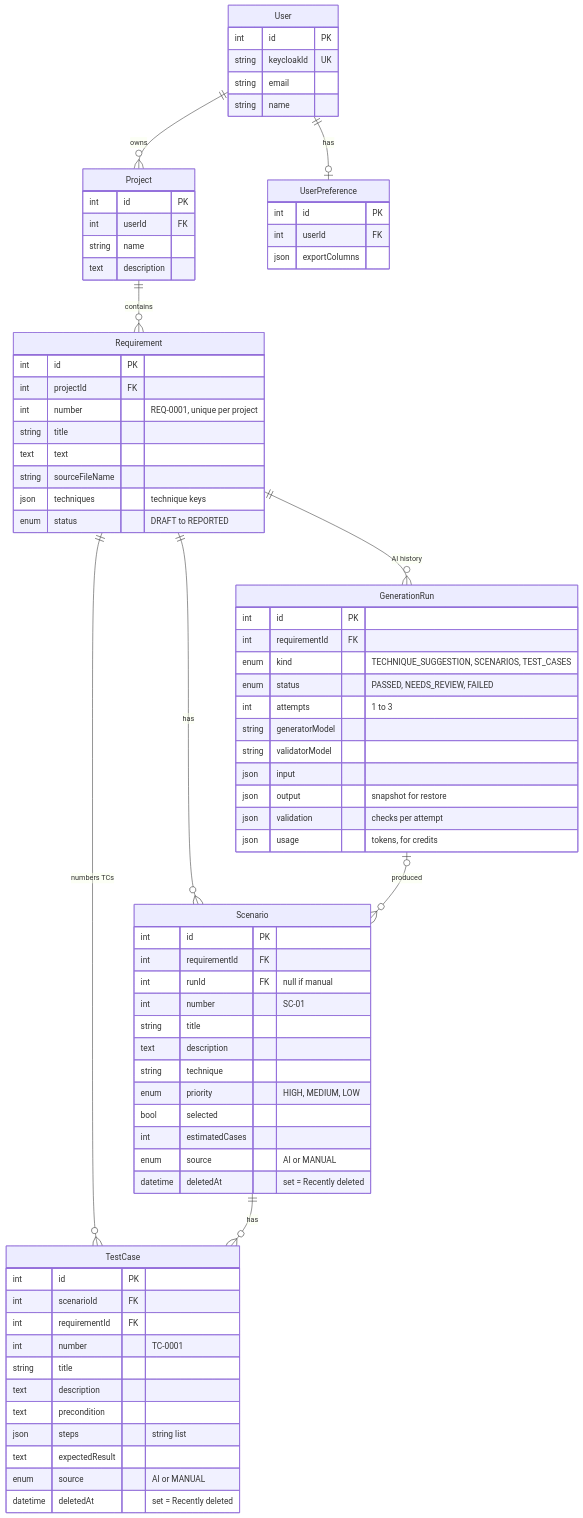
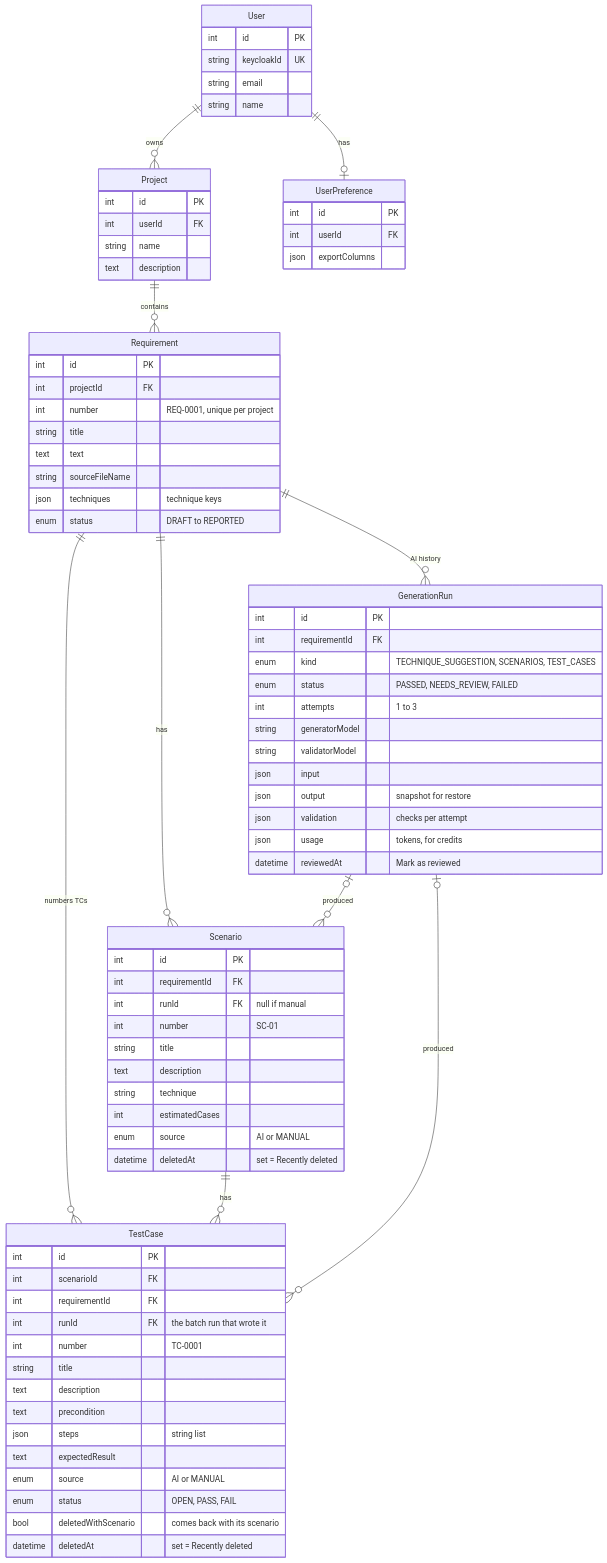
One commit to twentyvanty/AI-test-case-generator changed the second of 3 diagrams in docs/architecture.md. Above: the diagram before and after it, drawn with Mermaid. The commit also changed other lines of this file and 4 other files, not shown here.

````diff
--- a/docs/architecture.md
+++ b/docs/architecture.md
@@ -126,79 +133,82 @@
 ```mermaid
 erDiagram
     User ||--o{ Project : owns
     User ||--o| UserPreference : has
     Project ||--o{ Requirement : contains
     Requirement ||--o{ GenerationRun : "AI history"
     Requirement ||--o{ Scenario : has
     Requirement ||--o{ TestCase : "numbers TCs"
     Scenario ||--o{ TestCase : has
     GenerationRun |o--o{ Scenario : produced
+    GenerationRun |o--o{ TestCase : produced
 
     User {
         int id PK
         string keycloakId UK
         string email
         string name
     }
     Project {
         int id PK
         int userId FK
         string name
         text description
     }
     Requirement {
         int id PK
         int projectId FK
         int number "REQ-0001, unique per project"
         string title
         text text
         string sourceFileName
         json techniques "technique keys"
         enum status "DRAFT to REPORTED"
     }
     GenerationRun {
         int id PK
         int requirementId FK
         enum kind "TECHNIQUE_SUGGESTION, SCENARIOS, TEST_CASES"
         enum status "PASSED, NEEDS_REVIEW, FAILED"
         int attempts "1 to 3"
         string generatorModel
         string validatorModel
         json input
         json output "snapshot for restore"
         json validation "checks per attempt"
         json usage "tokens, for credits"
+        datetime reviewedAt "Mark as reviewed"
     }
     Scenario {
         int id PK
         int requirementId FK
         int runId FK "null if manual"
         int number "SC-01"
         string title
         text description
         string technique
-        enum priority "HIGH, MEDIUM, LOW"
-        bool selected
         int estimatedCases
         enum source "AI or MANUAL"
         datetime deletedAt "set = Recently deleted"
     }
     TestCase {
         int id PK
         int scenarioId FK
         int requirementId FK
+        int runId FK "the batch run that wrote it"
         int number "TC-0001"
         string title
         text description
         text precondition
         json steps "string list"
         text expectedResult
         enum source "AI or MANUAL"
+        enum status "OPEN, PASS, FAIL"
+        bool deletedWithScenario "comes back with its scenario"
         datetime deletedAt "set = Recently deleted"
     }
     UserPreference {
         int id PK
         int userId FK
         json exportColumns
     }
 ```
````
